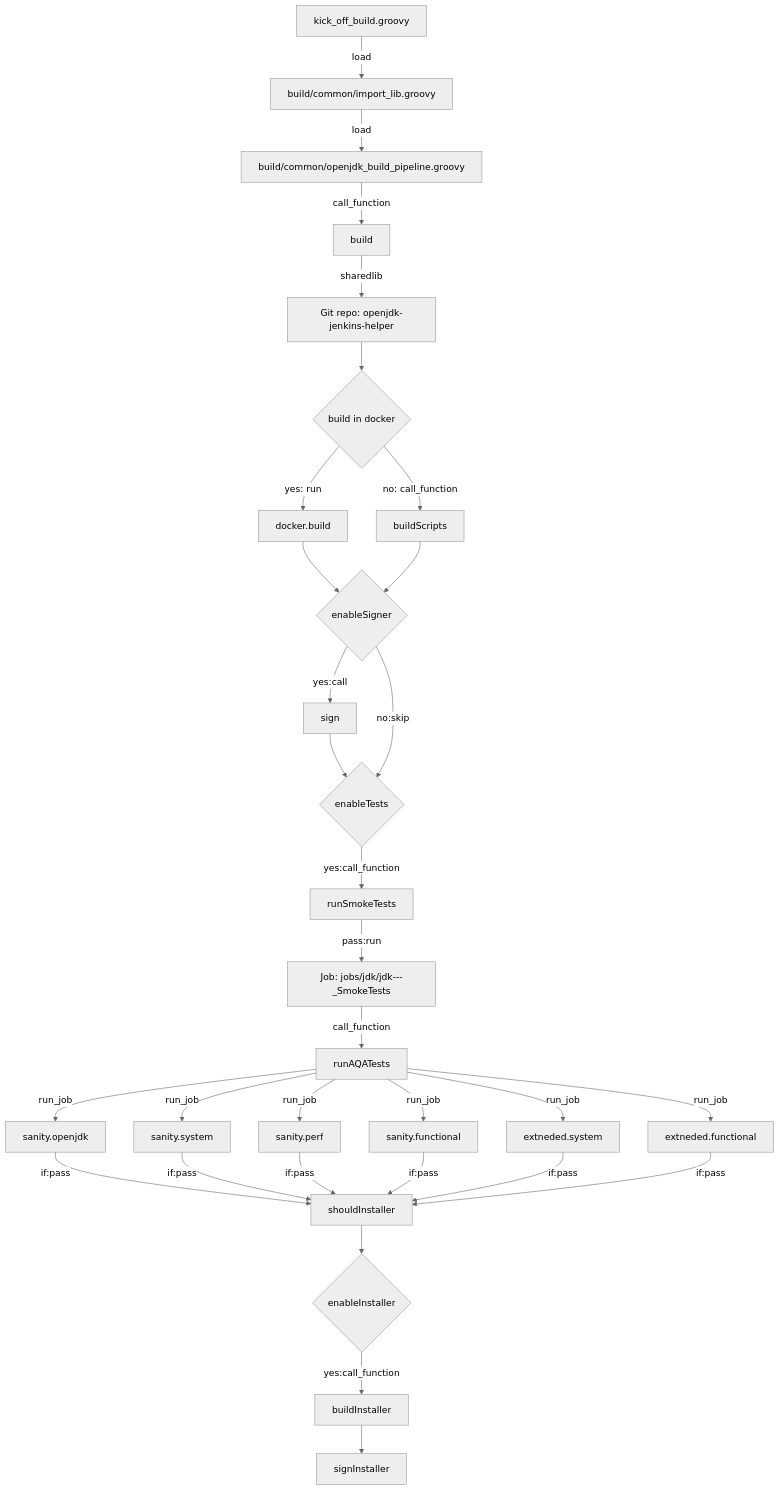
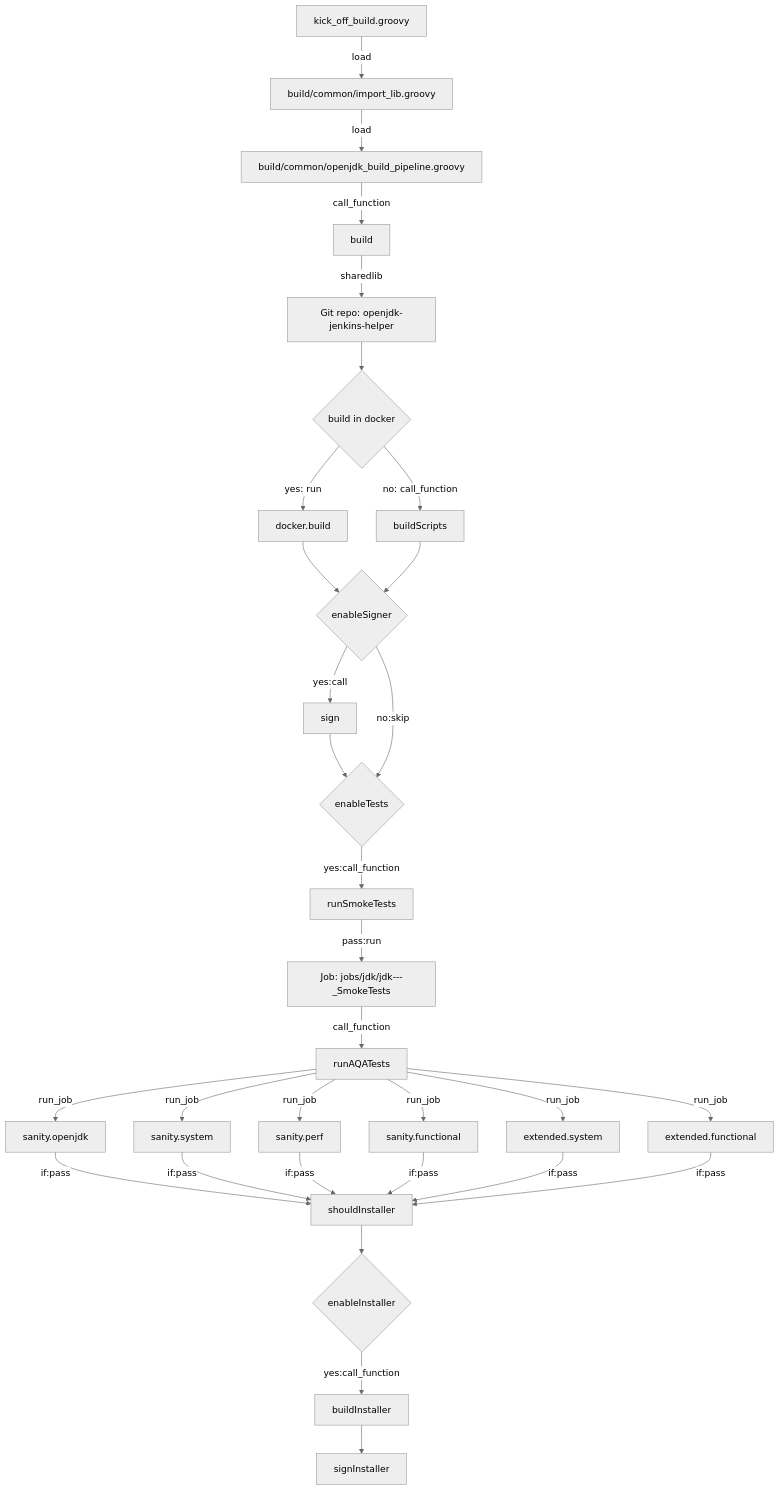
One commit to adoptium/ci-jenkins-pipelines changed the eighth of 9 diagrams in docs/diagram.md. Above: the diagram before and after it, drawn with Mermaid (neutral theme).

````diff
--- a/docs/diagram.md
+++ b/docs/diagram.md
@@ -91,25 +91,25 @@
 ```mermaid
 flowchart TD
 starter[kick_off_build.groovy] --load--> import[build/common/import_lib.groovy] --load--> Load1[build/common/openjdk_build_pipeline.groovy] --call_function--> Builder[build] 
 Builder --sharedlib --> 
 Load3[Git repo: openjdk-jenkins-helper] --> docker{build in docker}
 docker --yes: run--> dockerbuild[docker.build] --> sign
 docker --no: call_function--> CallbuildScript[buildScripts] --> sign{enableSigner} --yes:call--> sing[sign] --> testStage{enableTests}
 sign{enableSigner} --no:skip --> testStage --yes:call_function--> smoketest[runSmokeTests] --pass:run--> 
 smoke[Job: jobs/jdk<ver>/jdk<ver>-<os>-<arch>-<variant>_SmokeTests] --call_function--> Stage2[runAQATests]
 
 Stage2 --run_job--> sanity1[sanity.openjdk]
 Stage2 --run_job--> sanity2[sanity.system]
 Stage2 --run_job--> sanity3[sanity.perf]
 Stage2 --run_job--> sanity4[sanity.functional]
-Stage2 --run_job--> extended1[extneded.system]
-Stage2 --run_job--> extended2[extneded.functional]
+Stage2 --run_job--> extended1[extended.system]
+Stage2 --run_job--> extended2[extended.functional]
 
 sanity1 --if:pass--> shouldInstaller
 sanity2 --if:pass--> shouldInstaller
 sanity3 --if:pass--> shouldInstaller
 sanity4 --if:pass--> shouldInstaller
 extended1 --if:pass--> shouldInstaller
 extended2 --if:pass--> shouldInstaller
 shouldInstaller --> install{enableInstaller} --yes:call_function--> bI[buildInstaller] --> sI[signInstaller]
  ```
````
